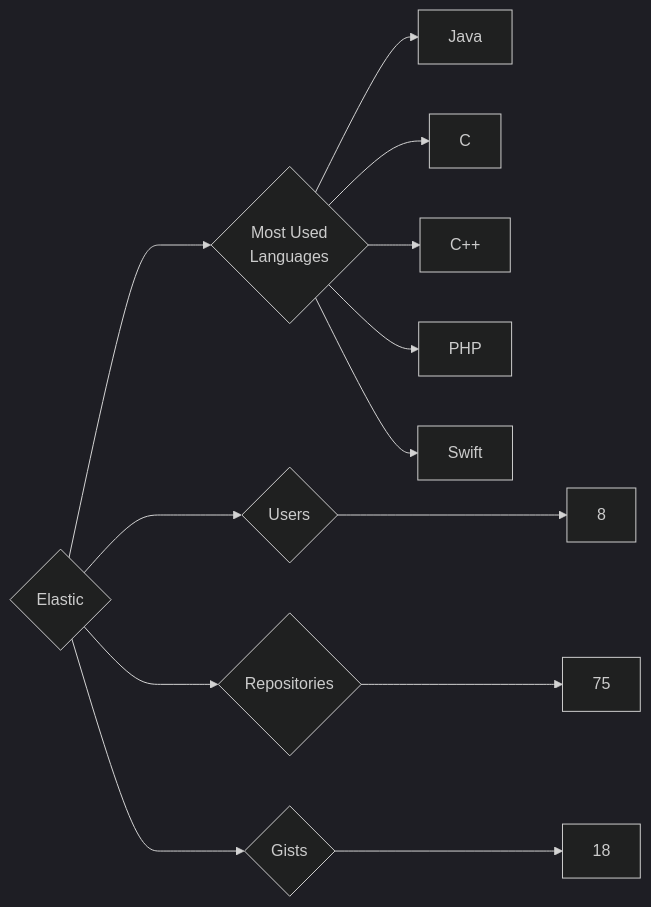
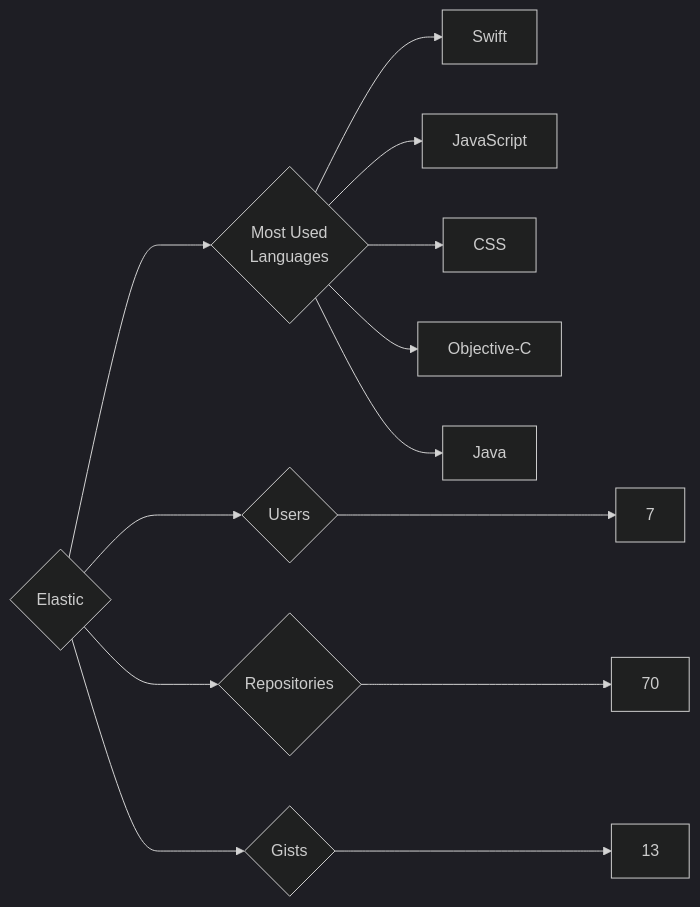
Before and after one commit to trickest/insiders: the diagram in targets/Elastic/README.md, drawn with Mermaid (dark theme). The commit also changed 859 other files, not shown here.

````diff
--- a/targets/Elastic/README.md
+++ b/targets/Elastic/README.md
@@ -3,13 +3,13 @@
 ```mermaid
 graph LR
 COMPANY_NAME{Elastic}
-COMPANY_NAME ---> U{Users} ---> UN[8]
-COMPANY_NAME ---> R{Repositories} ---> RN[75]
-COMPANY_NAME ---> G{Gists} ---> GN[18]
+COMPANY_NAME ---> U{Users} ---> UN[7]
+COMPANY_NAME ---> R{Repositories} ---> RN[70]
+COMPANY_NAME ---> G{Gists} ---> GN[13]
 COMPANY_NAME ---> ML{Most Used<br>Languages}
+ML --> Swift[Swift]
+ML --> JavaScript[JavaScript]
+ML --> CSS[CSS]
+ML --> Objective-C[Objective-C]
 ML --> Java[Java]
-ML --> C[C]
-ML --> C++[C++]
-ML --> PHP[PHP]
-ML --> Swift[Swift]
 ```
````
